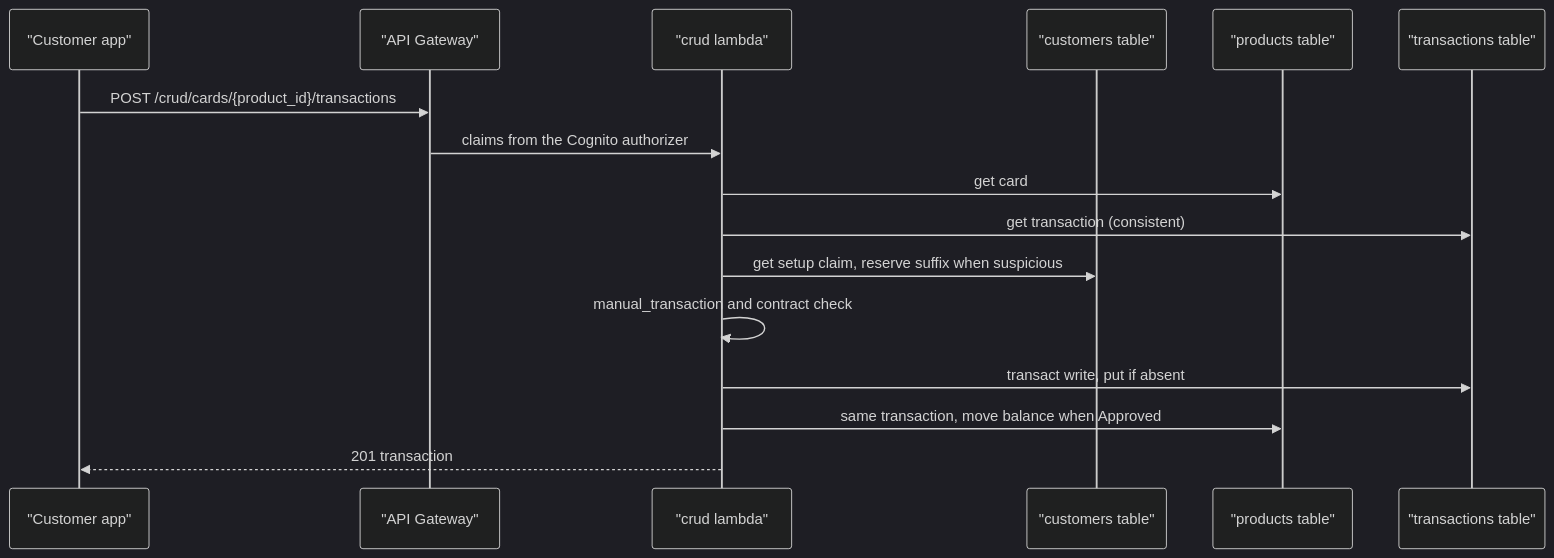
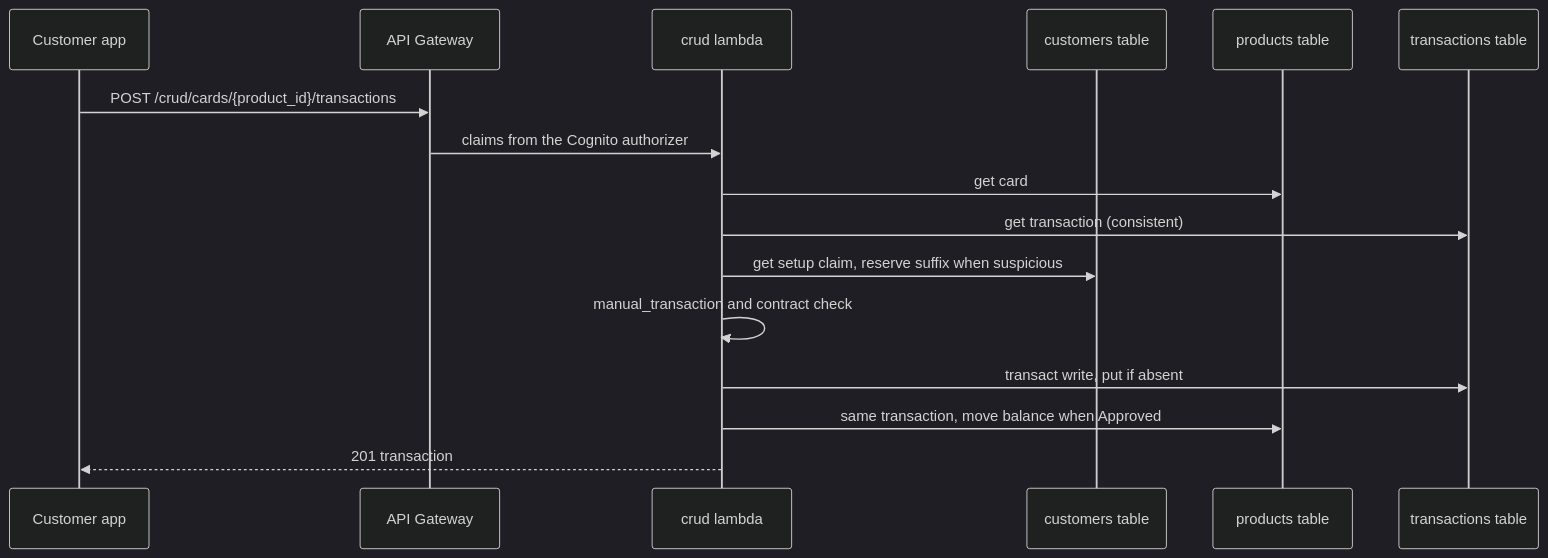
One commit to Team-ACGS/factored-hackathon-2026-acgs changed diagram 11 of 17 in docs/modules/assistant/flows.md. Above: the diagram before and after it, drawn with Mermaid (dark theme). The commit also changed other lines of this file and 6 other files, not shown here.

Commit message:
docs(assistant,cases,data,identity,messaging): reviewer findings on flows and readme, round 2

````diff
--- a/docs/modules/assistant/flows.md
+++ b/docs/modules/assistant/flows.md
@@ -373,18 +381,18 @@
 ```mermaid
 sequenceDiagram
-  participant App as "Customer app"
-  participant Gateway as "API Gateway"
-  participant Crud as "crud lambda"
-  participant Customers as "customers table"
-  participant Products as "products table"
-  participant Transactions as "transactions table"
+  participant App as Customer app
+  participant Gateway as API Gateway
+  participant Crud as crud lambda
+  participant Customers as customers table
+  participant Products as products table
+  participant Transactions as transactions table
   App->>Gateway: POST /crud/cards/{product_id}/transactions
   Gateway->>Crud: claims from the Cognito authorizer
   Crud->>Products: get card
   Crud->>Transactions: get transaction (consistent)
   Crud->>Customers: get setup claim, reserve suffix when suspicious
   Crud->>Crud: manual_transaction and contract check
   Crud->>Transactions: transact write, put if absent
   Crud->>Products: same transaction, move balance when Approved
   Crud-->>App: 201 transaction
 ```
````
